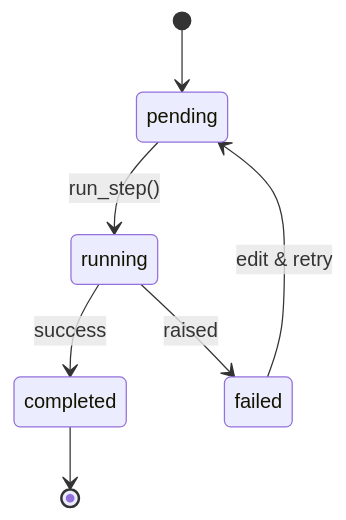
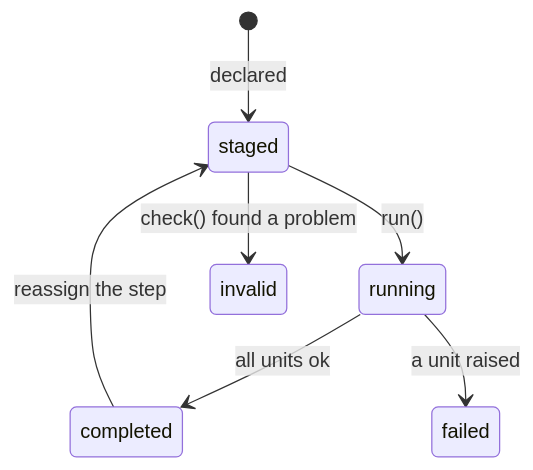
The third of 4 diagrams in docs/object-model.md (stusynakowski/simple-steps-core), drawn with Mermaid before and after one commit. The commit also changed other lines of this file and 17 other files, not shown here.

````diff
--- a/docs/object-model.md
+++ b/docs/object-model.md
@@ -161,9 +194,9 @@
 ```mermaid
 stateDiagram-v2
-    [*] --> pending
-    pending --> running : run_step()
-    running --> completed : success
-    running --> failed : raised
-    completed --> [*]
-    failed --> pending : edit & retry
+    [*] --> staged : declared
+    staged --> running : run()
+    running --> completed : all units ok
+    running --> failed : a unit raised
+    staged --> invalid : check() found a problem
+    completed --> staged : reassign the step
 ```
````
